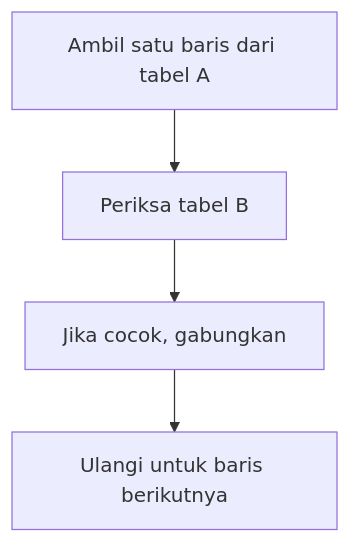
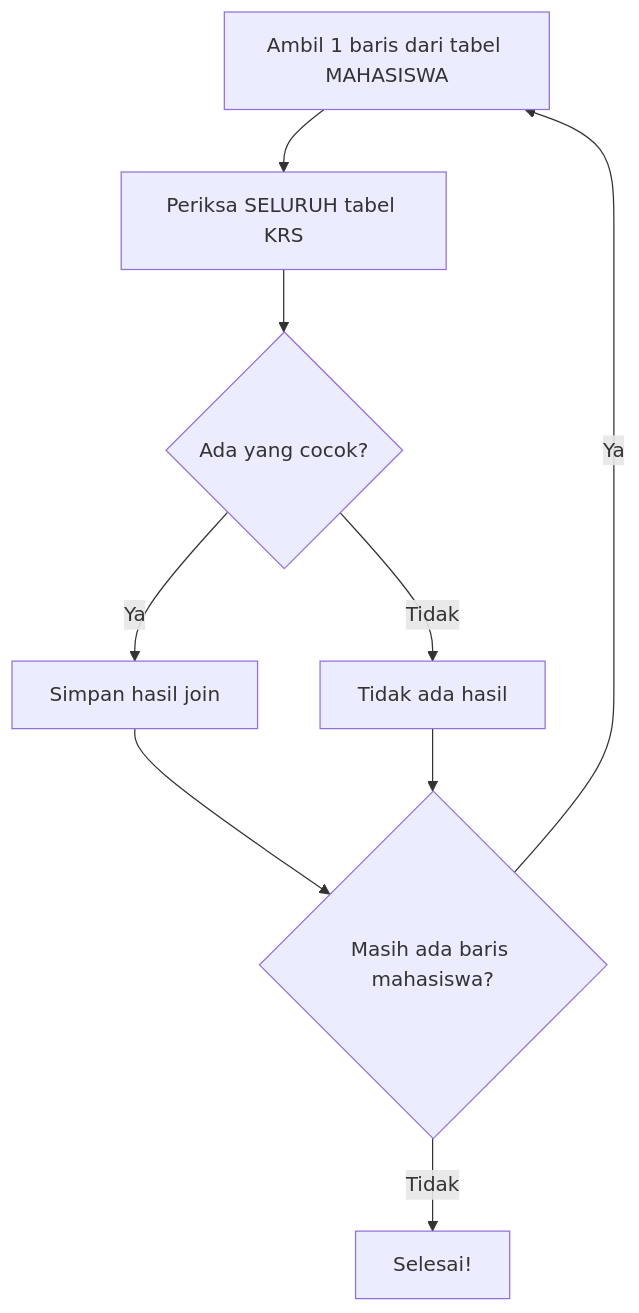
Before and after one commit to arifwicax/administrasi-basis-data: the first of 4 diagrams in Modul Baru/week 4-Algoritma Join pada Database.md, drawn with Mermaid. The commit also changed other lines of this file and 14 other files, not shown here.

````diff
--- a/Modul Baru/week 4-Algoritma Join pada Database.md
+++ b/Modul Baru/week 4-Algoritma Join pada Database.md
@@ -122,6 +245,11 @@
 ```mermaid
 flowchart TD
-    A[Ambil satu baris dari tabel A] --> B[Periksa tabel B]
-    B --> C[Jika cocok, gabungkan]
-    C --> D[Ulangi untuk baris berikutnya]
+    A["Ambil 1 baris dari tabel MAHASISWA"] --> B["Periksa SELURUH tabel KRS"]
+    B --> C{"Ada yang cocok?"}
+    C -->|Ya| D["Simpan hasil join"]
+    C -->|Tidak| E["Tidak ada hasil"]
+    D --> F{"Masih ada baris mahasiswa?"}
+    E --> F
+    F -->|Ya| A
+    F -->|Tidak| G["Selesai!"]
 ```
````
